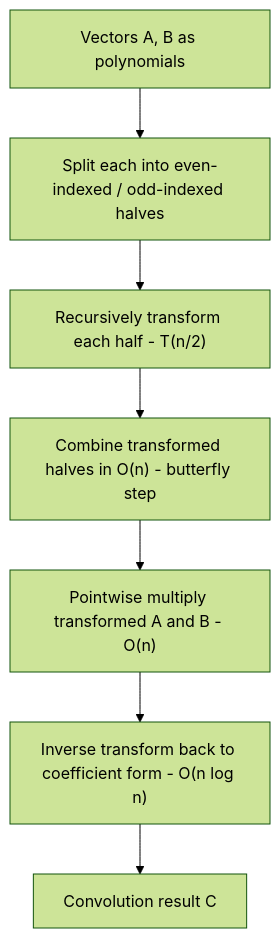
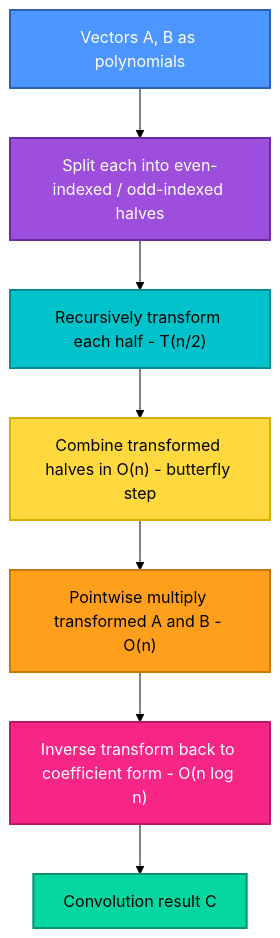
The fourth of 9 diagrams in Lab-06/README.md (routsarthakkumar-byte/DAA-Lab), drawn with Mermaid (forest theme) before and after one commit. The commit also changed other lines of this file and 1 other file, not shown here.

````diff
--- a/Lab-06/README.md
+++ b/Lab-06/README.md
@@ -129,9 +132,16 @@
 ```mermaid
 flowchart TD
     A["Vectors A, B as polynomials"] --> B["Split each into even-indexed / odd-indexed halves"]
     B --> C["Recursively transform each half - T(n/2)"]
     C --> D["Combine transformed halves in O(n) - butterfly step"]
     D --> E["Pointwise multiply transformed A and B - O(n)"]
     E --> F["Inverse transform back to coefficient form - O(n log n)"]
     F --> G["Convolution result C"]
+    style A fill:#4D96FF,color:#fff,stroke:#2c5fb8,stroke-width:2px
+    style B fill:#9D4EDD,color:#fff,stroke:#6a2ca0,stroke-width:2px
+    style C fill:#00C2CB,color:#000,stroke:#008c93,stroke-width:2px
+    style D fill:#FFD93D,color:#000,stroke:#d9ad00,stroke-width:2px
+    style E fill:#FF9F1C,color:#000,stroke:#c97900,stroke-width:2px
+    style F fill:#F72585,color:#fff,stroke:#b81b64,stroke-width:2px
+    style G fill:#06D6A0,color:#000,stroke:#049270,stroke-width:2px
 ```
````
